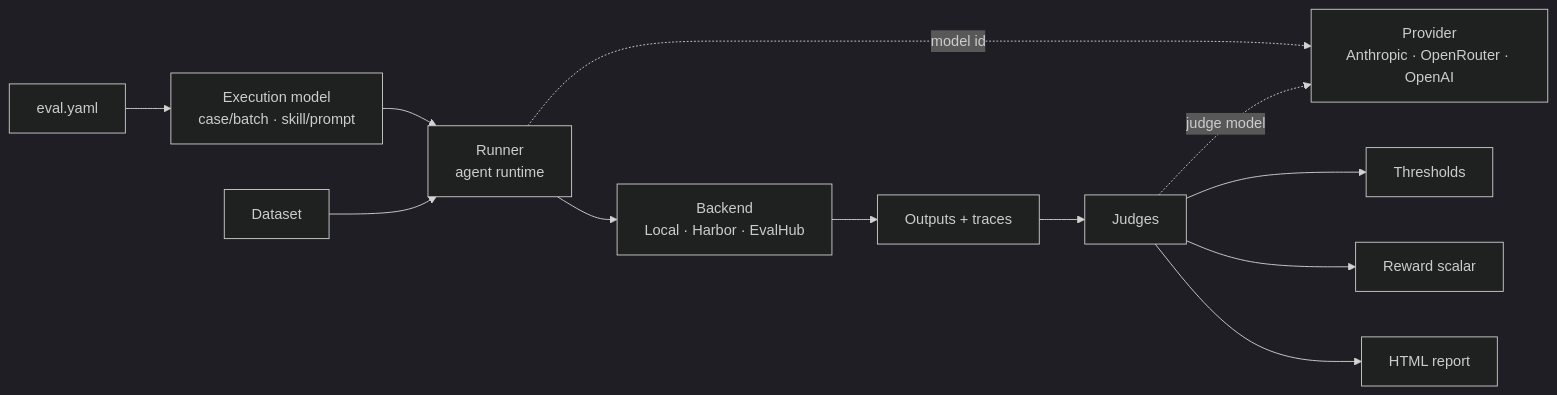
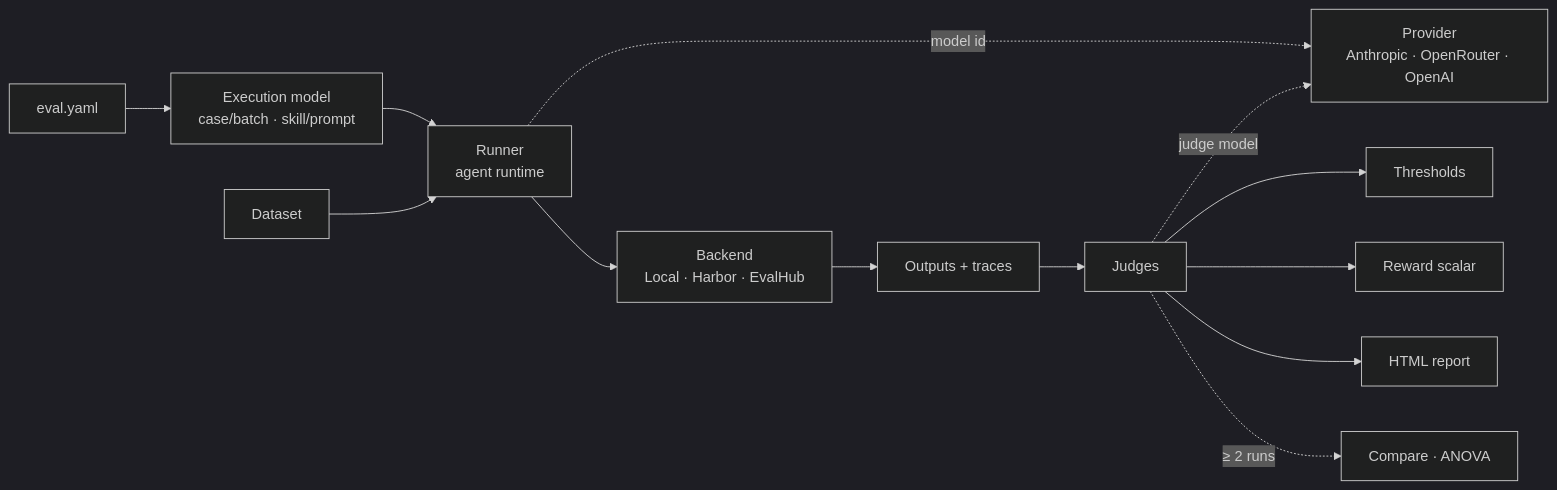
One commit to opendatahub-io/agent-eval-harness changed the diagram in website/concepts/index.md. Above: the diagram before and after it, drawn with Mermaid (dark theme). The commit also changed other lines of this file and 6 other files, not shown here.

````diff
--- a/website/concepts/index.md
+++ b/website/concepts/index.md
@@ -13,14 +13,15 @@
 ```mermaid
 flowchart LR
     C[eval.yaml] --> E[Execution model<br/>case/batch · skill/prompt]
     E --> R[Runner<br/>agent runtime]
     R --> B[Backend<br/>Local · Harbor · EvalHub]
     R -. model id .-> P[Provider<br/>Anthropic · OpenRouter · OpenAI]
     D[Dataset] --> R
     B --> O[Outputs + traces]
     O --> J[Judges]
     J -. judge model .-> P
     J --> T[Thresholds]
     J --> RW[Reward scalar]
     J --> REP[HTML report]
+    J -. ≥ 2 runs .-> AN[Compare · ANOVA]
 ```
````
